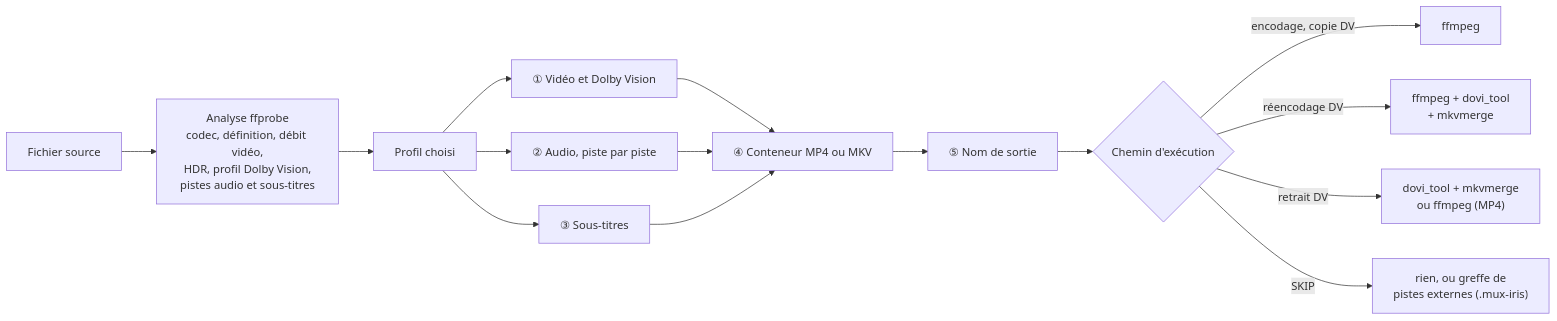
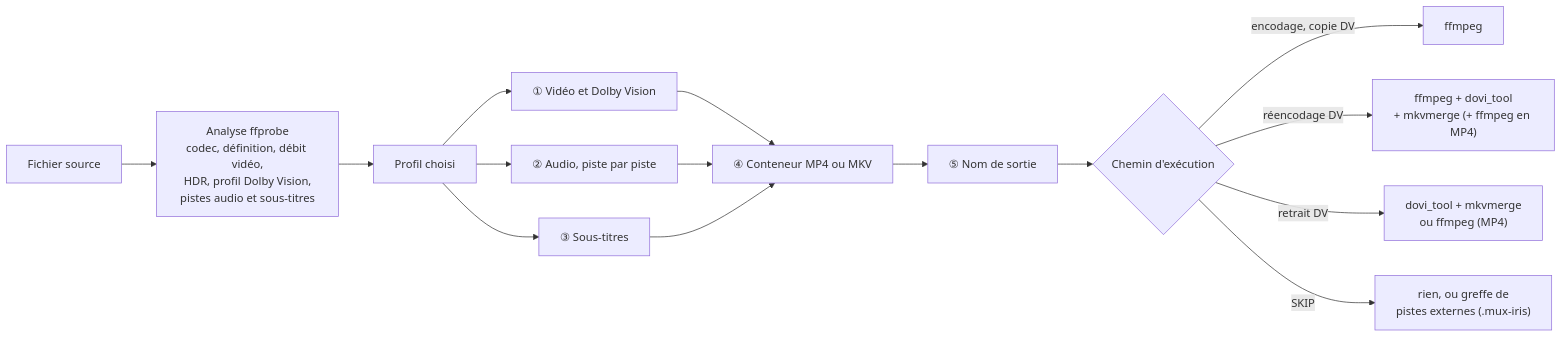
The first of 6 diagrams in README.md (opegon/IRIS_Encode), drawn with Mermaid before and after one commit. The commit also changed other lines of this file and 21 other files, not shown here.

````diff
--- a/README.md
+++ b/README.md
@@ -64,17 +64,17 @@
 ```mermaid
 flowchart LR
     F["Fichier source"] --> S["Analyse ffprobe<br/>codec, définition, débit vidéo,<br/>HDR, profil Dolby Vision,<br/>pistes audio et sous-titres"]
     S --> P["Profil choisi"]
     P --> V["① Vidéo et Dolby Vision"]
     P --> A["② Audio, piste par piste"]
     P --> T["③ Sous-titres"]
     V --> C["④ Conteneur MP4 ou MKV"]
     A --> C
     T --> C
     C --> N["⑤ Nom de sortie"]
     N --> X{"Chemin d'exécution"}
     X -->|"encodage, copie DV"| X1["ffmpeg"]
-    X -->|"réencodage DV"| X2["ffmpeg + dovi_tool<br/>+ mkvmerge"]
+    X -->|"réencodage DV"| X2["ffmpeg + dovi_tool<br/>+ mkvmerge (+ ffmpeg en MP4)"]
     X -->|"retrait DV"| X3["dovi_tool + mkvmerge<br/>ou ffmpeg (MP4)"]
     X -->|"SKIP"| X4["rien, ou greffe de<br/>pistes externes (.mux-iris)"]
 ```
````
